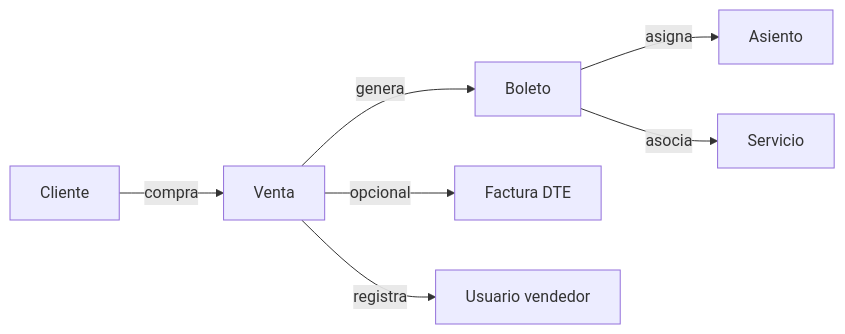
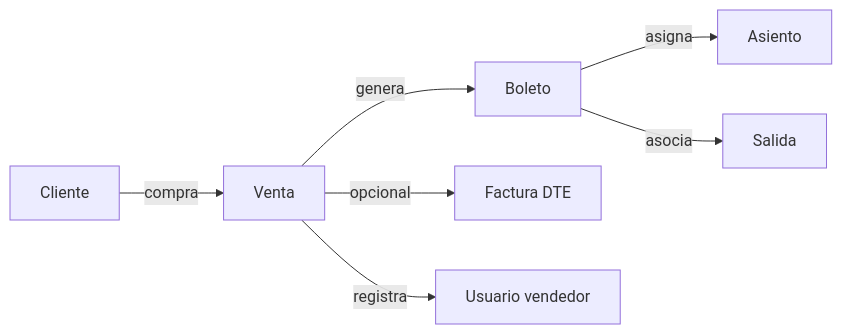
Before and after one commit to alcidesrh/f_d_n: the second of 2 diagrams in docs/backend/subdomains/venta/index.md, drawn with Mermaid. The commit also changed 112 other files, not shown here.

````diff
--- a/docs/backend/subdomains/venta/index.md
+++ b/docs/backend/subdomains/venta/index.md
@@ -67,9 +67,9 @@
 ```mermaid
 flowchart LR
     C[Cliente] -->|compra| V[Venta]
     V -->|genera| B[Boleto]
     V -->|opcional| F[Factura DTE]
     B -->|asigna| A[Asiento]
-    B -->|asocia| S[Servicio]
+    B -->|asocia| S[Salida]
     V -->|registra| U[Usuario vendedor]
 ```
````
